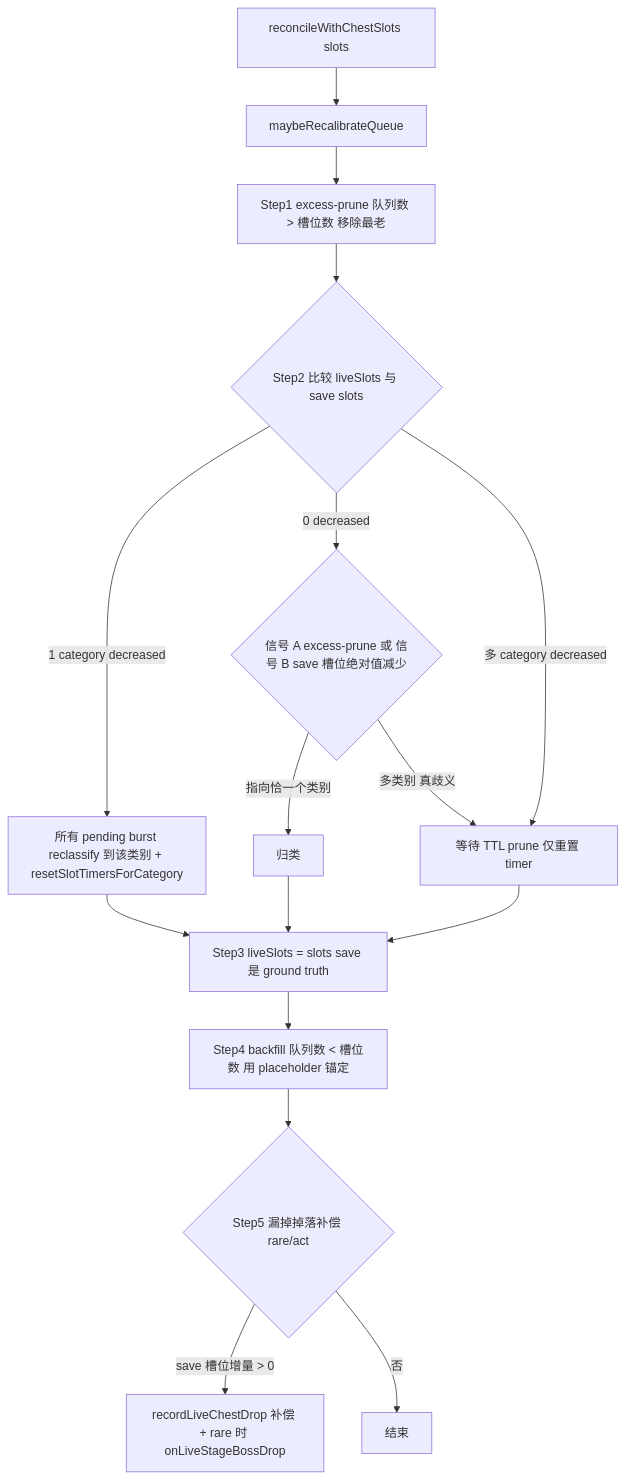
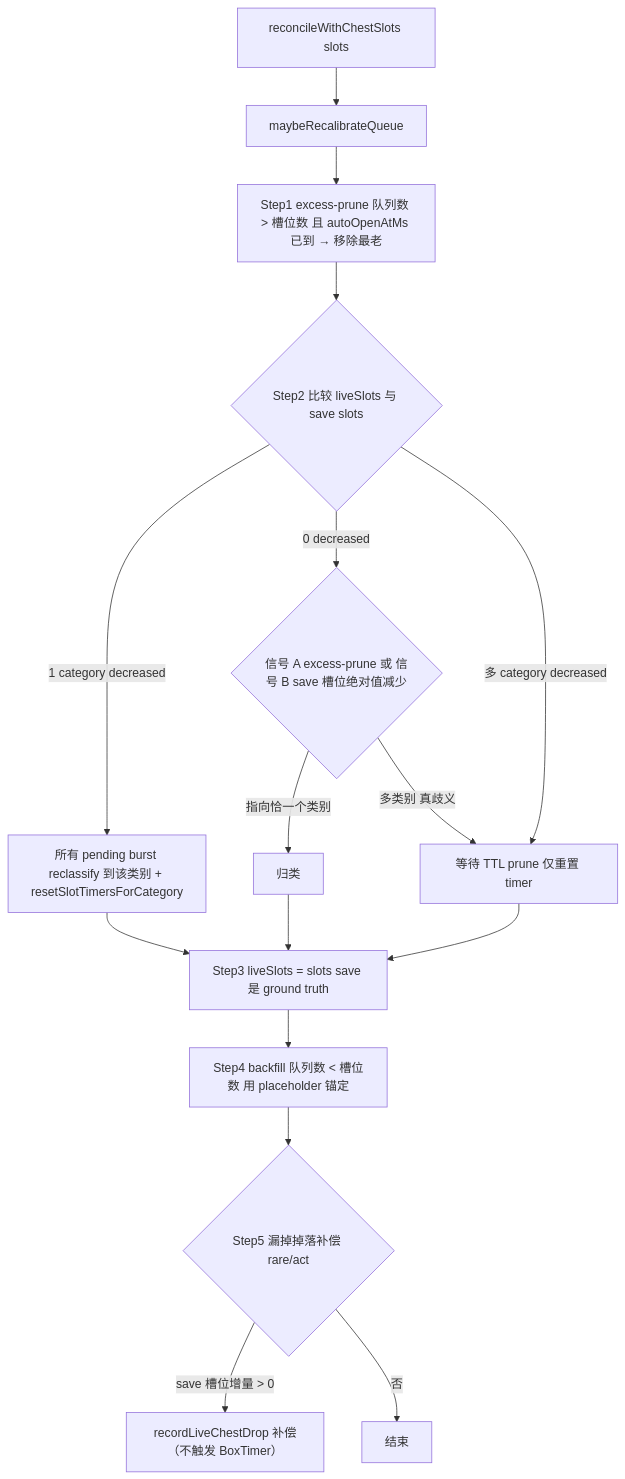
Diagram 18 of 22 in docs/BUSINESS-FLOWS.md (zioon/tbh-companion), drawn with Mermaid before and after one commit. The commit also changed other lines of this file and 53 other files, not shown here.

First line of the commit message:
feat(chests): support v1.02.00 plague chests (common/stage/act) with auto-open timers

````diff
--- a/docs/BUSINESS-FLOWS.md
+++ b/docs/BUSINESS-FLOWS.md
@@ -2214,21 +2243,21 @@
 ```mermaid
 %% TBH flow diagram
 flowchart TD
   Reconcile[reconcileWithChestSlots slots] --> Recalib[maybeRecalibrateQueue]
-  Recalib --> Step1[Step1 excess-prune 队列数 > 槽位数 移除最老]
+  Recalib --> Step1[Step1 excess-prune 队列数 > 槽位数 且 autoOpenAtMs 已到 → 移除最老]
   Step1 --> Step2{Step2 比较 liveSlots 与 save slots}
   Step2 -- 1 category decreased --> AllBurst[所有 pending burst reclassify 到该类别 + resetSlotTimersForCategory]
   Step2 -- 0 decreased --> Signals{信号 A excess-prune 或 信号 B save 槽位绝对值减少}
   Signals -- 指向恰一个类别 --> Classify[归类]
   Signals -- 多类别 真歧义 --> Wait[等待 TTL prune 仅重置 timer]
   Step2 -- 多 category decreased --> Wait
   Classify --> Step3[Step3 liveSlots = slots save 是 ground truth]
   AllBurst --> Step3
   Wait --> Step3
   Step3 --> Step4[Step4 backfill 队列数 < 槽位数 用 placeholder 锚定]
   Step4 --> Step5{Step5 漏掉掉落补偿 rare/act}
-  Step5 -- save 槽位增量 > 0 --> Missed[recordLiveChestDrop 补偿 + rare 时 onLiveStageBossDrop]
+  Step5 -- save 槽位增量 > 0 --> Missed[recordLiveChestDrop 补偿（不触发 BoxTimer）]
   Step5 -- 否 --> Done[结束]
   class Reconcile,Recalib,Step1,AllBurst,Classify,Wait,Step3,Step4,Missed data
   class Step2,Signals,Step5 dec
 ```
````
